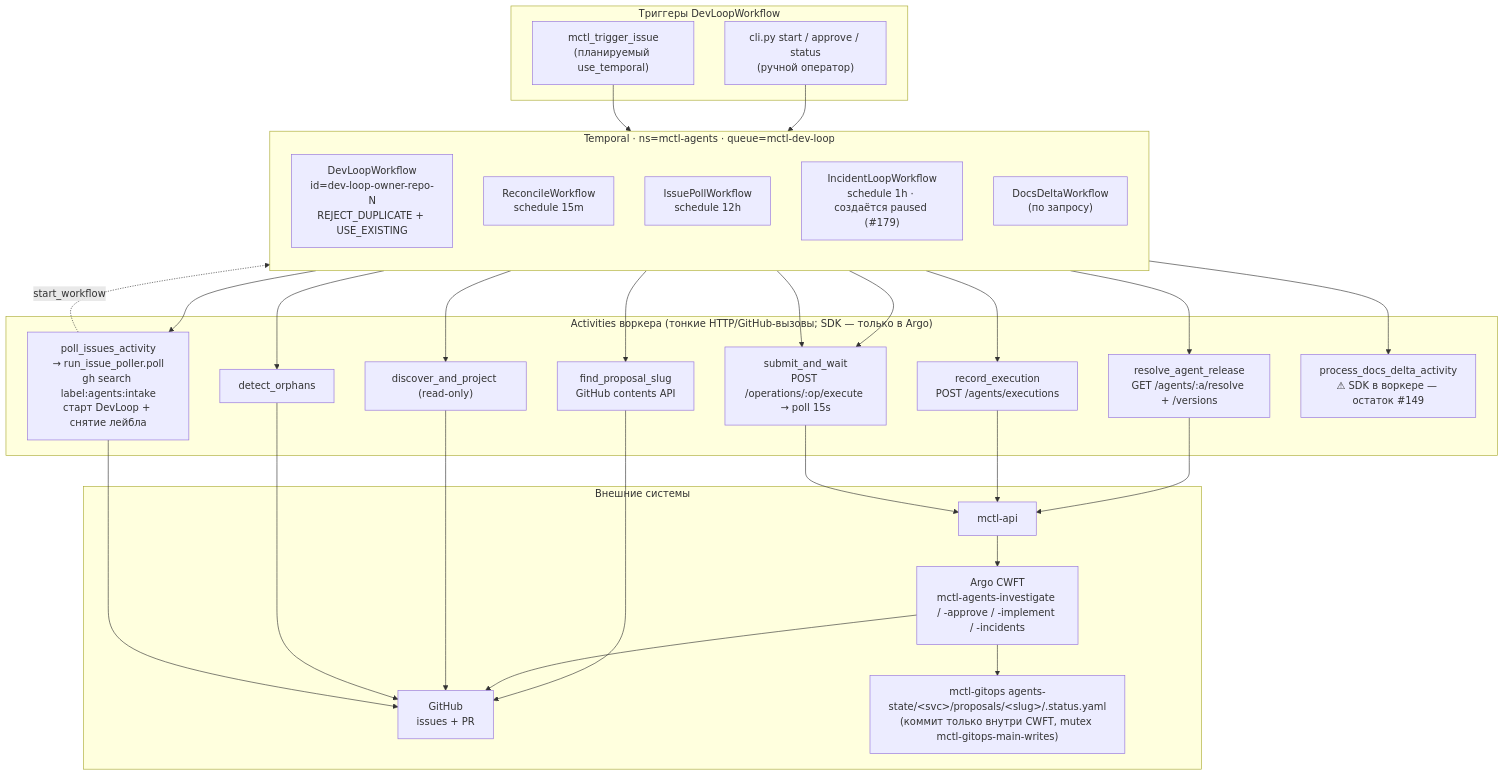
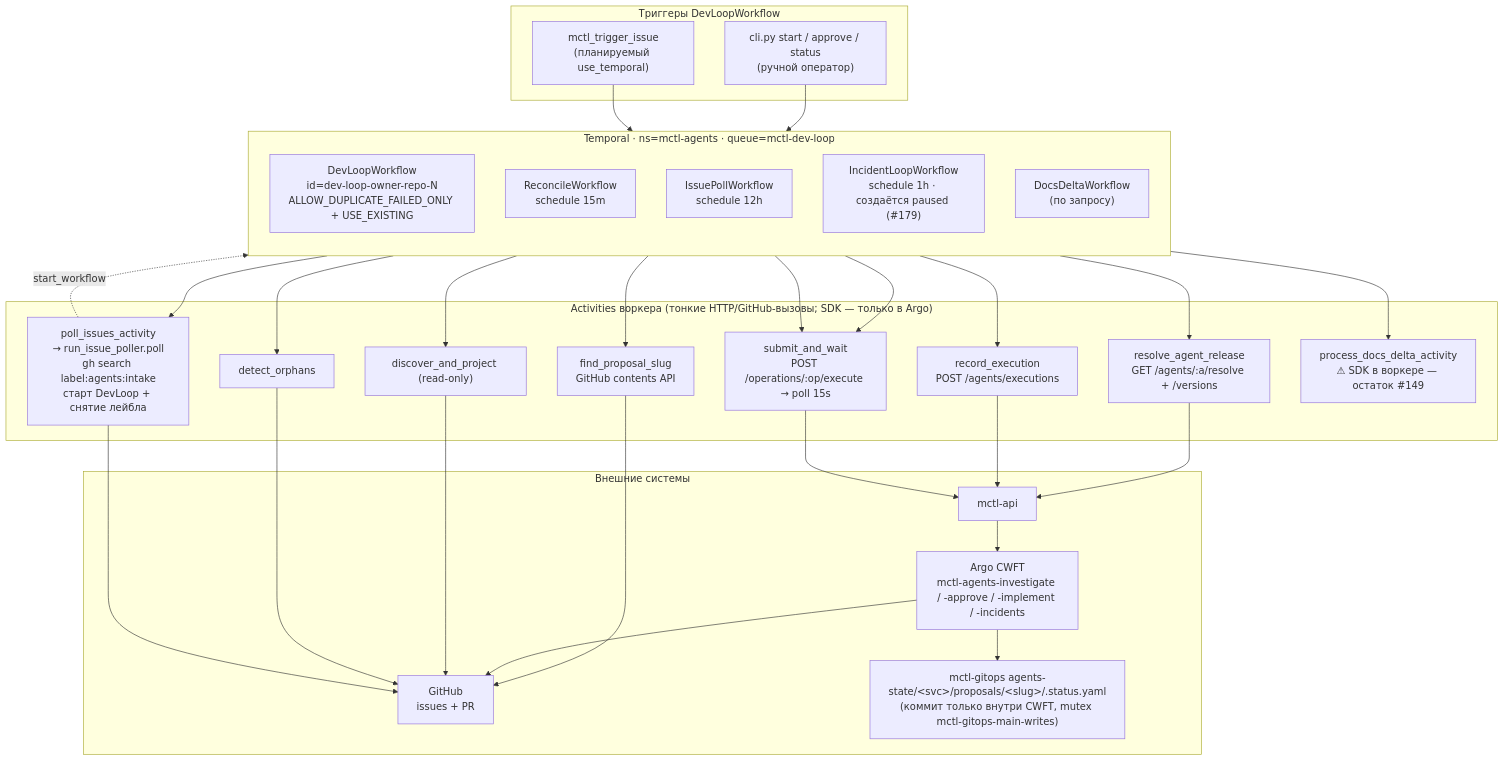
Before and after one commit to mctlhq/mctl-agents: the first of 4 diagrams in docs/temporal-flow.md, drawn with Mermaid. The commit also changed 6 other files, not shown here.

````diff
--- a/docs/temporal-flow.md
+++ b/docs/temporal-flow.md
@@ -14,58 +14,58 @@
 ```mermaid
 flowchart TB
     subgraph TRIG["Триггеры DevLoopWorkflow"]
         CLI["cli.py start / approve / status<br/>(ручной оператор)"]
         MCP["mctl_trigger_issue<br/>(планируемый use_temporal)"]
     end
 
     subgraph TMP["Temporal · ns=mctl-agents · queue=mctl-dev-loop"]
         direction TB
-        DEV["DevLoopWorkflow<br/>id=dev-loop-owner-repo-N<br/>REJECT_DUPLICATE + USE_EXISTING"]
+        DEV["DevLoopWorkflow<br/>id=dev-loop-owner-repo-N<br/>ALLOW_DUPLICATE_FAILED_ONLY + USE_EXISTING"]
         REC["ReconcileWorkflow<br/>schedule 15m"]
         ISS["IssuePollWorkflow<br/>schedule 12h"]
         INC["IncidentLoopWorkflow<br/>schedule 1h · создаётся paused (#179)"]
         DOC["DocsDeltaWorkflow<br/>(по запросу)"]
     end
 
     subgraph ACT["Activities воркера (тонкие HTTP/GitHub-вызовы; SDK — только в Argo)"]
         RES["resolve_agent_release<br/>GET /agents/:a/resolve + /versions"]
         SUB["submit_and_wait<br/>POST /operations/:op/execute → poll 15s"]
         RECD["record_execution<br/>POST /agents/executions"]
         FPS["find_proposal_slug<br/>GitHub contents API"]
         DISC["discover_and_project (read-only)"]
         ORPH["detect_orphans"]
         IPA["poll_issues_activity<br/>→ run_issue_poller.poll<br/>gh search label:agents:intake<br/>старт DevLoop + снятие лейбла"]
         DDA["process_docs_delta_activity<br/>⚠ SDK в воркере — остаток #149"]
     end
 
     subgraph EXT["Внешние системы"]
         API["mctl-api"]
         ARGO["Argo CWFT<br/>mctl-agents-investigate / -approve / -implement / -incidents"]
         GH["GitHub<br/>issues + PR"]
         GITOPS["mctl-gitops agents-state/&lt;svc&gt;/proposals/&lt;slug&gt;/.status.yaml<br/>(коммит только внутри CWFT, mutex mctl-gitops-main-writes)"]
     end
 
     CLI --> DEV
     MCP --> DEV
     ISS --> IPA
     IPA -. "start_workflow" .-> DEV
 
     DEV --> RES
     DEV --> SUB
     DEV --> RECD
     DEV --> FPS
     FPS --> GH
     REC --> DISC
     REC --> ORPH
     INC --> SUB
     DOC --> DDA
 
     RES --> API
     RECD --> API
     SUB --> API --> ARGO
     ARGO --> GITOPS
     ARGO --> GH
     DISC --> GH
     ORPH --> GH
     IPA --> GH
 ```
````
